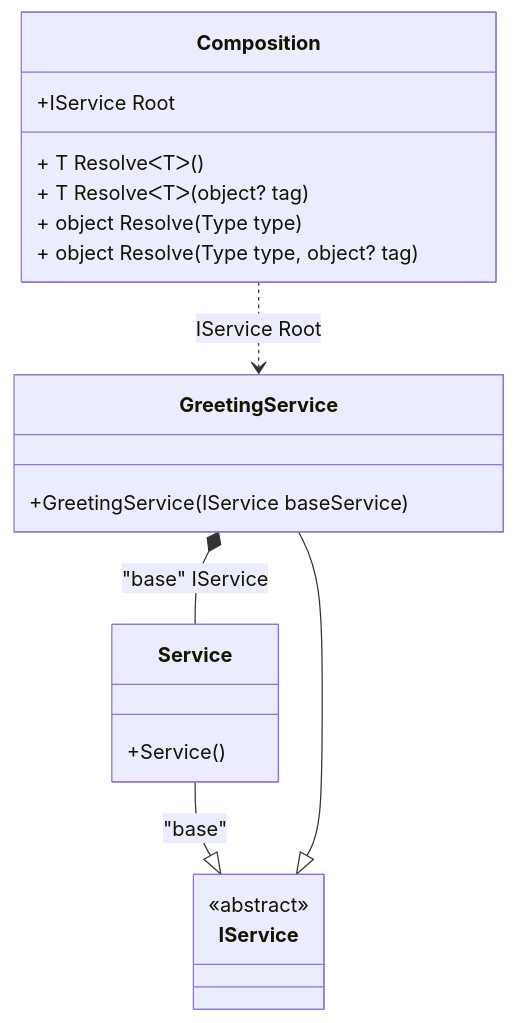
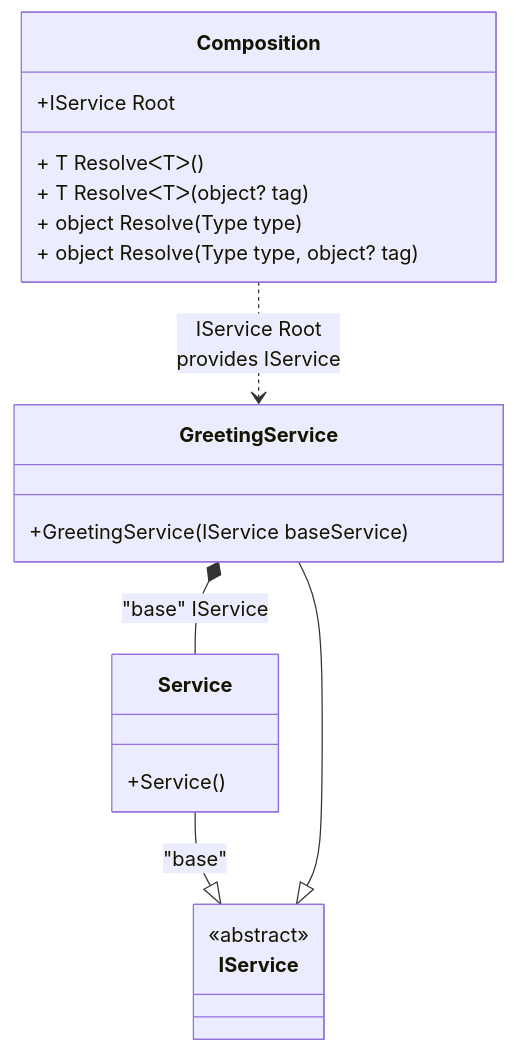
Before and after one commit to DevTeam/Pure.DI: the diagram in readme/decorator.md, drawn with Mermaid. The commit also changed other lines of this file and 73 other files, not shown here.

````diff
--- a/readme/decorator.md
+++ b/readme/decorator.md
@@ -35,23 +35,23 @@
 ```mermaid
 classDiagram
   class Composition {
     +IService Root
     + T ResolveᐸTᐳ()
     + T ResolveᐸTᐳ(object? tag)
     + object Resolve(Type type)
     + object Resolve(Type type, object? tag)
   }
   Service --|> IService : "base" 
   class Service {
     +Service()
   }
   GreetingService --|> IService : 
   class GreetingService {
     +GreetingService(IService baseService)
   }
   class IService {
     <<abstract>>
   }
   GreetingService *--  Service : "base"  IService
-  Composition ..> GreetingService : IService Root
+  Composition ..> GreetingService : IService Root<br/>provides IService
 ```
````
